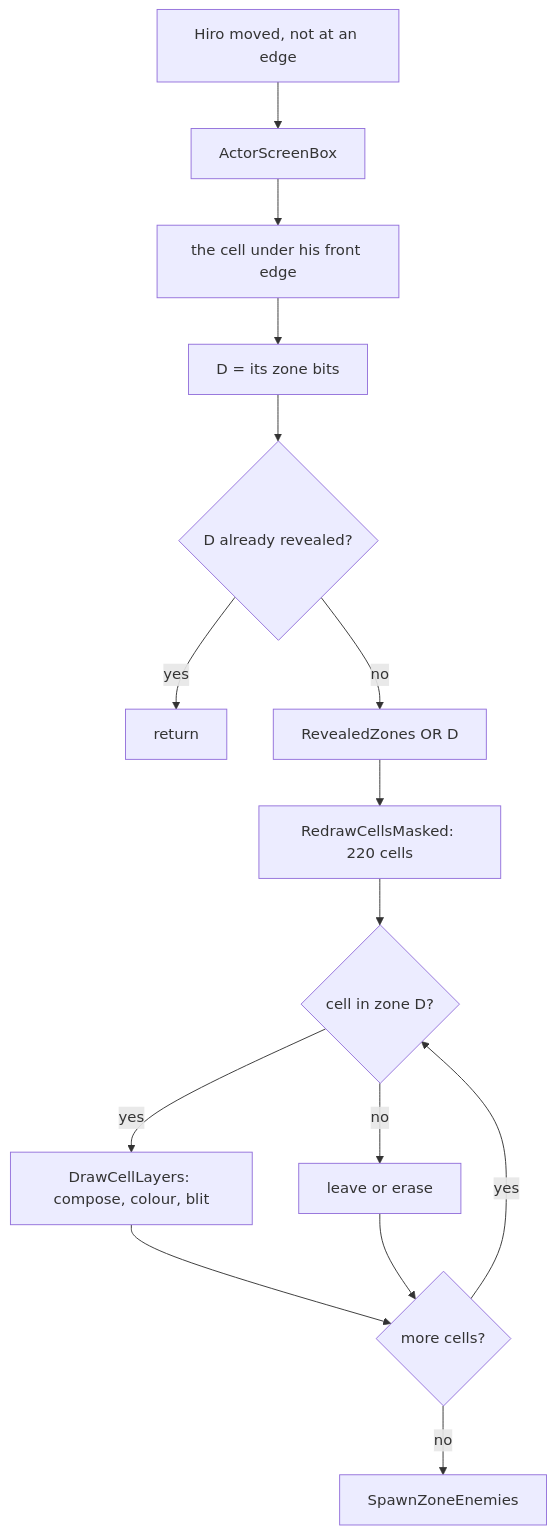
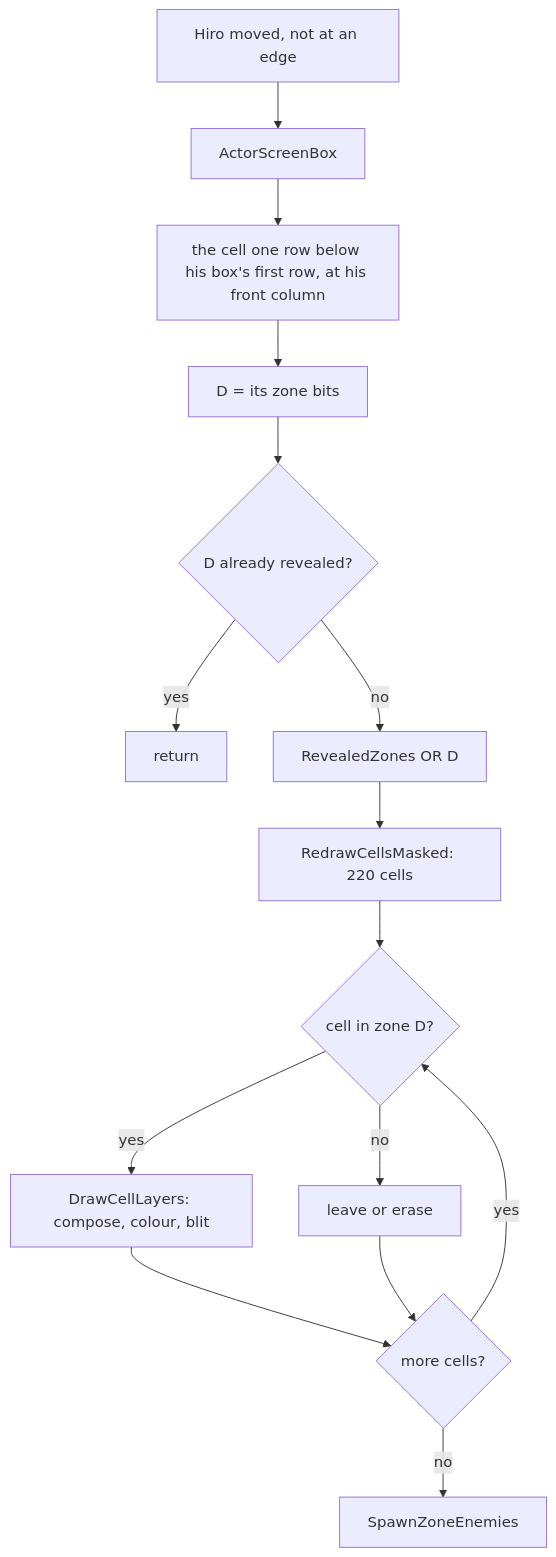
The seventh of 9 diagrams in games/switchblade/docs/06-rendering.md (alfishe/unrealng-reverse-cases), drawn with Mermaid before and after one commit. The commit also changed other lines of this file and 54 other files, not shown here.

````diff
--- a/games/switchblade/docs/06-rendering.md
+++ b/games/switchblade/docs/06-rendering.md
@@ -825,17 +837,17 @@
 ```mermaid
 flowchart TD
     A[Hiro moved, not at an edge] --> B[ActorScreenBox]
-    B --> C[the cell under his front edge]
+    B --> C[the cell one row below his box's first row, at his front column]
     C --> D[D = its zone bits]
     D --> E{D already revealed?}
     E -- yes --> Z[return]
     E -- no --> F[RevealedZones OR D]
     F --> G[RedrawCellsMasked: 220 cells]
     G --> H{cell in zone D?}
     H -- yes --> I[DrawCellLayers: compose, colour, blit]
     H -- no --> J[leave or erase]
     I --> K{more cells?}
     J --> K
     K -- yes --> H
     K -- no --> L[SpawnZoneEnemies]
 ```
````
